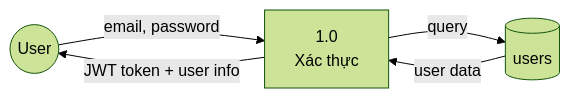
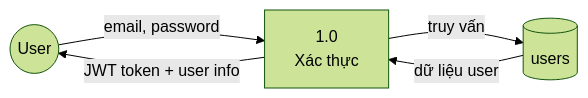
Before and after one commit to doanthetin193/CryptoTradingSOA: the sixth of 18 diagrams in BAO_CAO_KIEN_TRUC_HUONG_DICH_VU.md, drawn with Mermaid (forest theme). The commit also changed other lines of this file and 5 other files, not shown here.

````diff
--- a/BAO_CAO_KIEN_TRUC_HUONG_DICH_VU.md
+++ b/BAO_CAO_KIEN_TRUC_HUONG_DICH_VU.md
@@ -587,7 +595,7 @@
 ```mermaid
 flowchart LR
     U((User)) -->|email, password| P1[1.0<br/>Xác thực]
-    P1 -->|query| D1[(users)]
-    D1 -->|user data| P1
+    P1 -->|truy vấn| D1[(users)]
+    D1 -->|dữ liệu user| P1
     P1 -->|JWT token + user info| U
 ```
````
